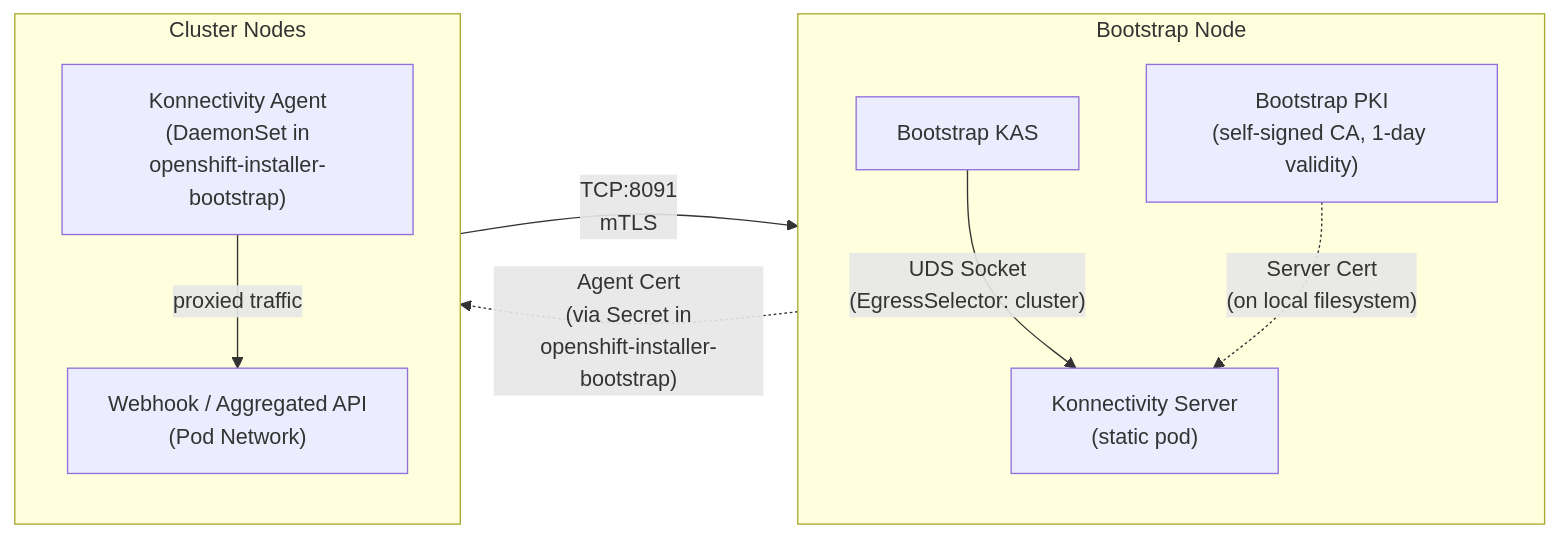
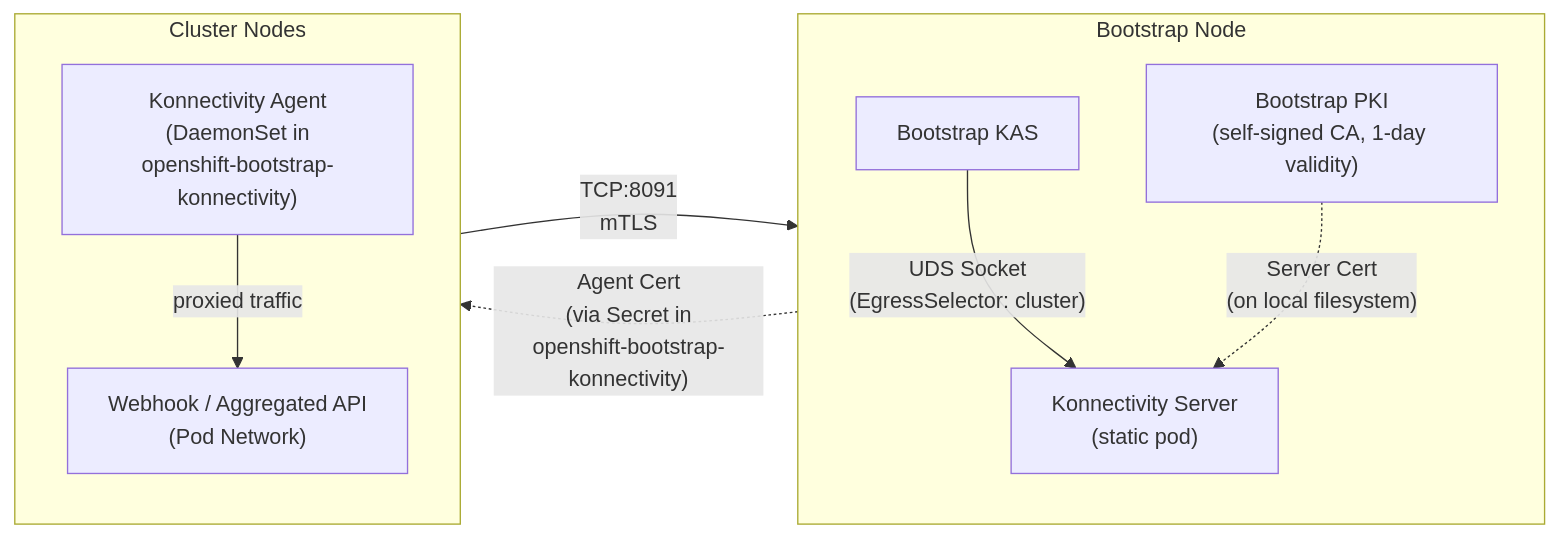
The diagram in enhancements/installer/bootstrap-konnectivity-tunnel.md (openshift/enhancements), drawn with Mermaid before and after one commit. The commit also changed other lines of this file, not shown here.

Commit message:
bootstrap-konnectivity: Update to reflect implementation

````diff
--- a/enhancements/installer/bootstrap-konnectivity-tunnel.md
+++ b/enhancements/installer/bootstrap-konnectivity-tunnel.md
@@ -83,21 +83,21 @@
 ```mermaid
 flowchart LR
     subgraph bootstrap["Bootstrap Node"]
         direction TB
         PKI["Bootstrap PKI<br>(self-signed CA, 1-day validity)"]
         KAS["Bootstrap KAS"]
         KS["Konnectivity Server<br>(static pod)"]
         KAS -- "UDS Socket<br>(EgressSelector: cluster)" --> KS
         PKI -. "Server Cert<br>(on local filesystem)" .-> KS
     end
 
     subgraph cluster["Cluster Nodes"]
         direction TB
-        KA["Konnectivity Agent<br>(DaemonSet in<br>openshift-installer-bootstrap)"]
+        KA["Konnectivity Agent<br>(DaemonSet in<br>openshift-bootstrap-konnectivity)"]
         WH["Webhook / Aggregated API<br>(Pod Network)"]
         KA -- "proxied traffic" --> WH
     end
 
     KA -- "TCP:8091<br>mTLS" --> KS
-    PKI -. "Agent Cert<br>(via Secret in<br>openshift-installer-bootstrap)" .-> KA
+    PKI -. "Agent Cert<br>(via Secret in<br>openshift-bootstrap-konnectivity)" .-> KA
 ```
````
